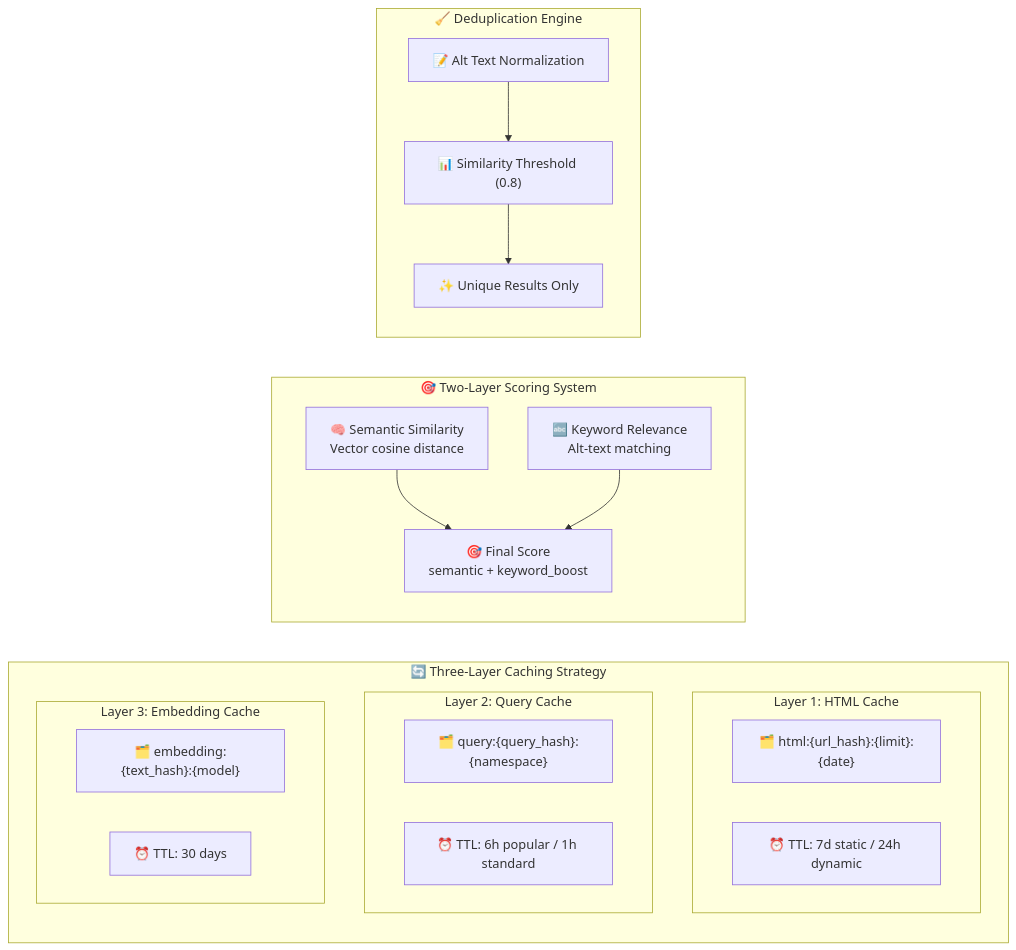
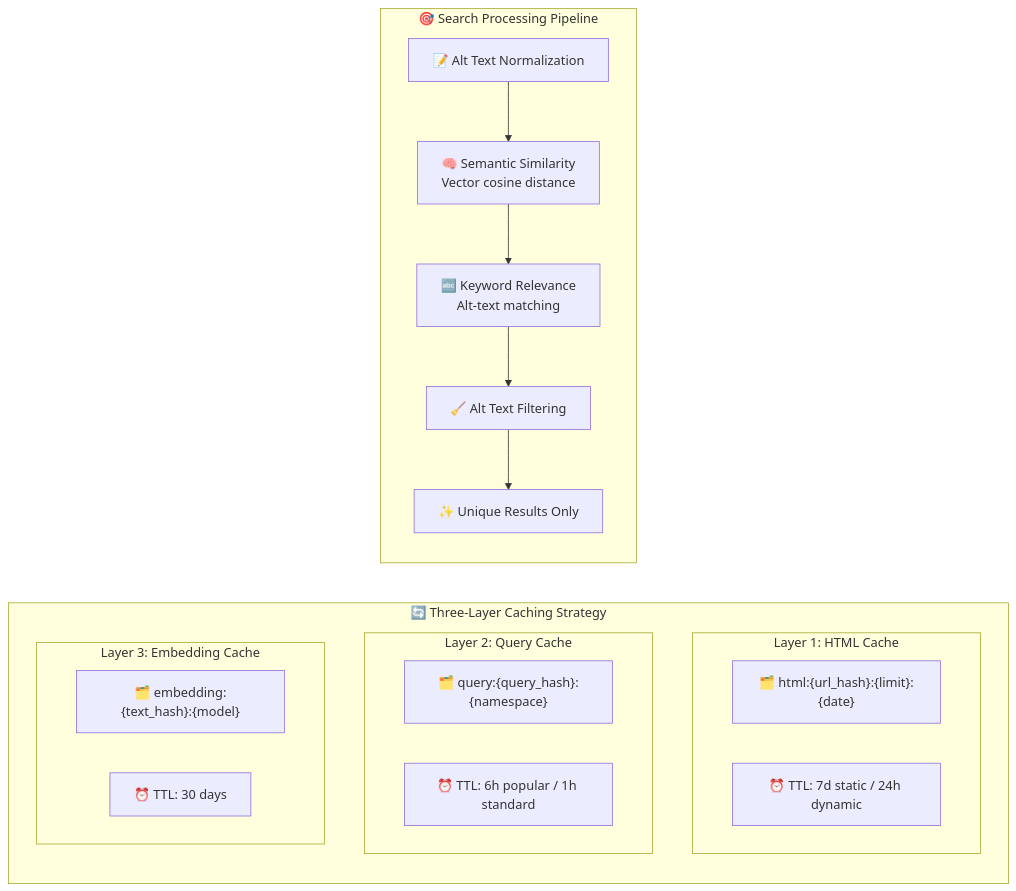
The second of 2 diagrams in README.md (qstommyshu/chat-image), drawn with Mermaid before and after one commit. The commit also changed other lines of this file, not shown here.

First line of the commit message:
docs: update README to streamline advanced use cases and clarify search processing flow

````diff
--- a/README.md
+++ b/README.md
@@ -402,36 +288,32 @@
 ```mermaid
 graph LR
     subgraph "🔄 Three-Layer Caching Strategy"
         subgraph "Layer 1: HTML Cache"
             HTML_KEY["🗂️ html:{url_hash}:{limit}:{date}"]
             HTML_TTL["⏰ TTL: 7d static / 24h dynamic"]
         end
 
         subgraph "Layer 2: Query Cache"
             QUERY_KEY["🗂️ query:{query_hash}:{namespace}"]
             QUERY_TTL["⏰ TTL: 6h popular / 1h standard"]
         end
 
         subgraph "Layer 3: Embedding Cache"
             EMB_KEY["🗂️ embedding:{text_hash}:{model}"]
             EMB_TTL["⏰ TTL: 30 days"]
         end
     end
 
-    subgraph "🎯 Two-Layer Scoring System"
+    subgraph "🎯 Search Processing Pipeline"
+        ALT_NORM["📝 Alt Text Normalization"]
         SEMANTIC["🧠 Semantic Similarity<br/>Vector cosine distance"]
         KEYWORD["🔤 Keyword Relevance<br/>Alt-text matching"]
-        FINAL["🎯 Final Score<br/>semantic + keyword_boost"]
-
-        SEMANTIC --> FINAL
-        KEYWORD --> FINAL
-    end
-
-    subgraph "🧹 Deduplication Engine"
-        ALT_NORM["📝 Alt Text Normalization"]
-        SIM_CHECK["📊 Similarity Threshold (0.8)"]
+        ALT_FILTER["🧹 Alt Text Filtering"]
         UNIQUE["✨ Unique Results Only"]
 
-        ALT_NORM --> SIM_CHECK --> UNIQUE
+        ALT_NORM --> SEMANTIC
+        SEMANTIC --> KEYWORD
+        KEYWORD --> ALT_FILTER
+        ALT_FILTER --> UNIQUE
     end
 ```
````
